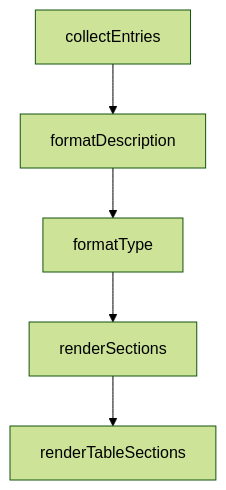
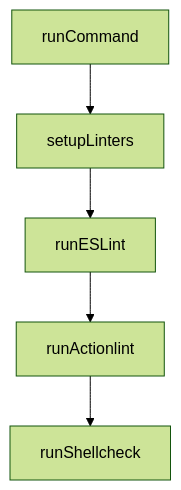
One commit to johnxie/awesome-code-docs changed the diagram in tutorials/gemini-cli-tutorial/07-sandboxing-security-and-troubleshooting.md. Above: the diagram before and after it, drawn with Mermaid (forest theme). The commit also changed other lines of this file and 1232 other files, not shown here.

````diff
--- a/tutorials/gemini-cli-tutorial/07-sandboxing-security-and-troubleshooting.md
+++ b/tutorials/gemini-cli-tutorial/07-sandboxing-security-and-troubleshooting.md
@@ -227,12 +225,12 @@
 ```mermaid
 flowchart TD
-    A[collectEntries]
-    B[formatDescription]
-    C[formatType]
-    D[renderSections]
-    E[renderTableSections]
+    A[runCommand]
+    B[setupLinters]
+    C[runESLint]
+    D[runActionlint]
+    E[runShellcheck]
     A --> B
     B --> C
     C --> D
     D --> E
 ```
````
